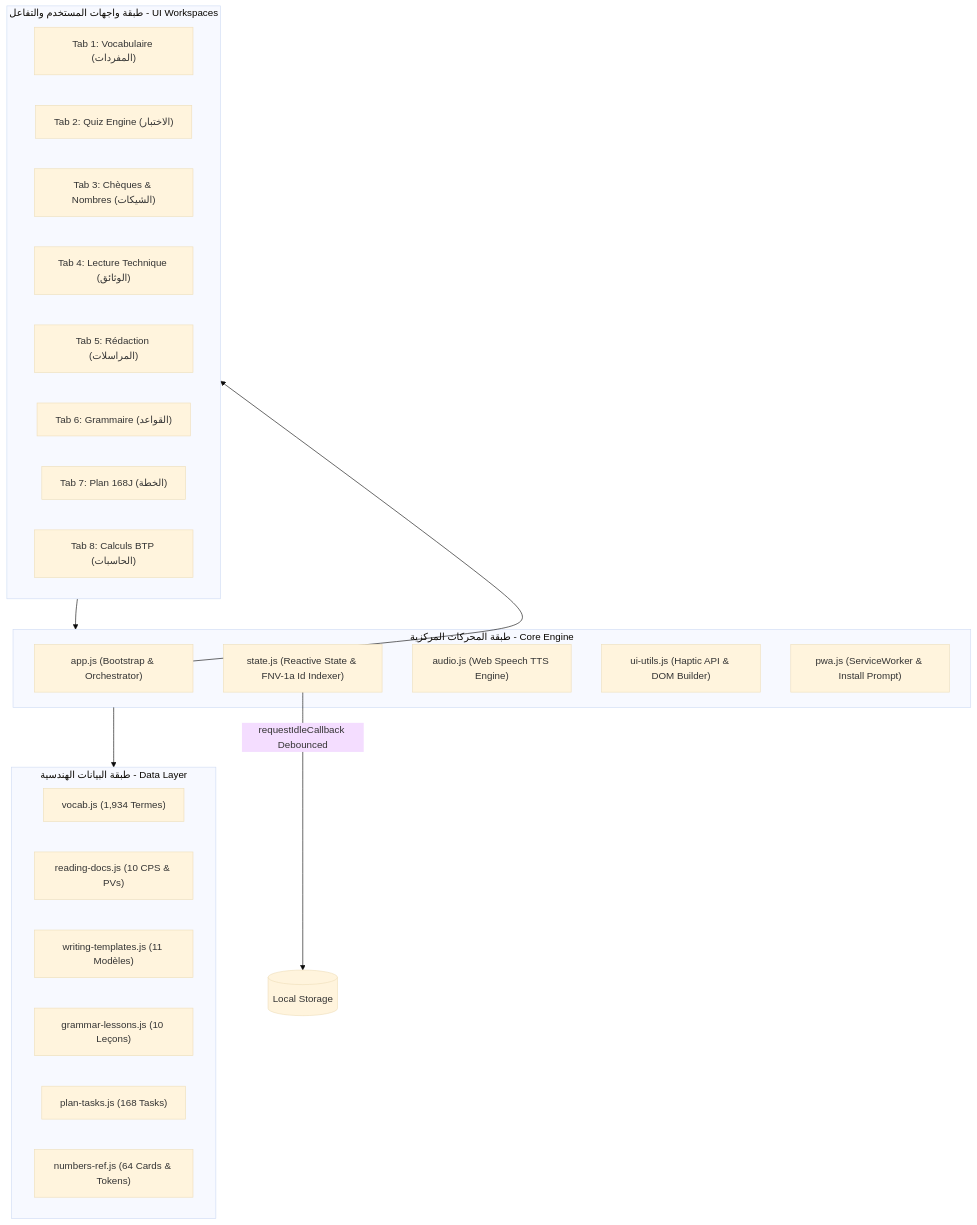
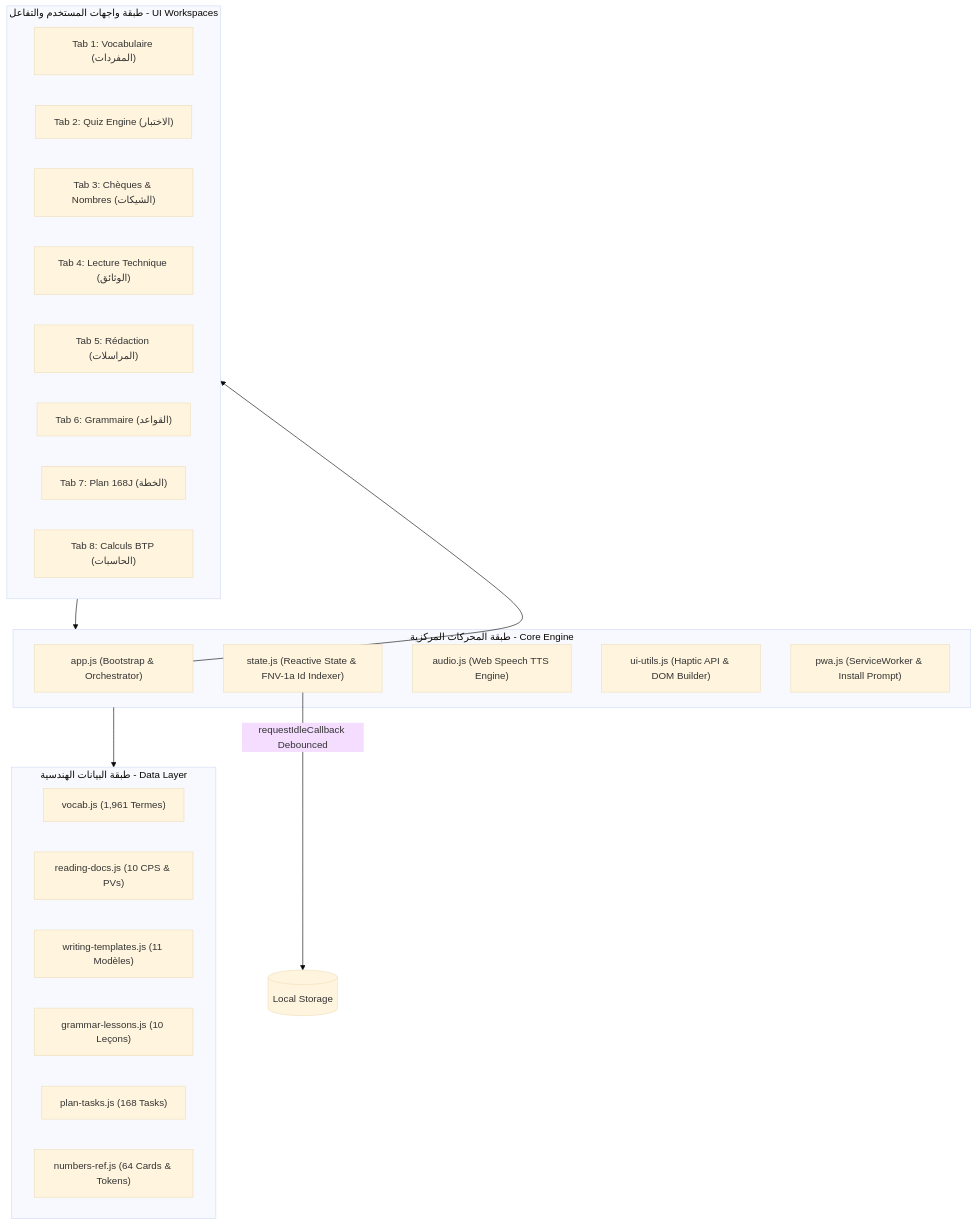
The first of 2 diagrams in README.md (F1ONEHAMZA01/F1ONEHAMZA01-), drawn with Mermaid (base theme) before and after one commit. The commit also changed other lines of this file and 13 other files, not shown here.

````diff
--- a/README.md
+++ b/README.md
@@ -72,35 +72,35 @@
 ```mermaid
 graph TD
     subgraph UI_Layer [طبقة واجهات المستخدم والتفاعل - UI Workspaces]
         T1["Tab 1: Vocabulaire (المفردات)"]
         T2["Tab 2: Quiz Engine (الاختبار)"]
         T3["Tab 3: Chèques & Nombres (الشيكات)"]
         T4["Tab 4: Lecture Technique (الوثائق)"]
         T5["Tab 5: Rédaction (المراسلات)"]
         T6["Tab 6: Grammaire (القواعد)"]
         T7["Tab 7: Plan 168J (الخطة)"]
         T8["Tab 8: Calculs BTP (الحاسبات)"]
     end
 
     subgraph Core_Engine [طبقة المحركات المركزية - Core Engine]
         App["app.js (Bootstrap & Orchestrator)"]
         State["state.js (Reactive State & FNV-1a Id Indexer)"]
         AudioEngine["audio.js (Web Speech TTS Engine)"]
         UIUtils["ui-utils.js (Haptic API & DOM Builder)"]
         PWAEngine["pwa.js (ServiceWorker & Install Prompt)"]
     end
 
     subgraph Data_Layer [طبقة البيانات الهندسية - Data Layer]
-        D_Vocab["vocab.js (1,934 Termes)"]
+        D_Vocab["vocab.js (1,961 Termes)"]
         D_Docs["reading-docs.js (10 CPS & PVs)"]
         D_Templates["writing-templates.js (11 Modèles)"]
         D_Grammar["grammar-lessons.js (10 Leçons)"]
         D_Plan["plan-tasks.js (168 Tasks)"]
         D_Numbers["numbers-ref.js (64 Cards & Tokens)"]
     end
 
     App --> UI_Layer
     UI_Layer --> Core_Engine
     Core_Engine --> Data_Layer
     State -->|requestIdleCallback Debounced| LocalStorage[(Local Storage)]
 ```
````
